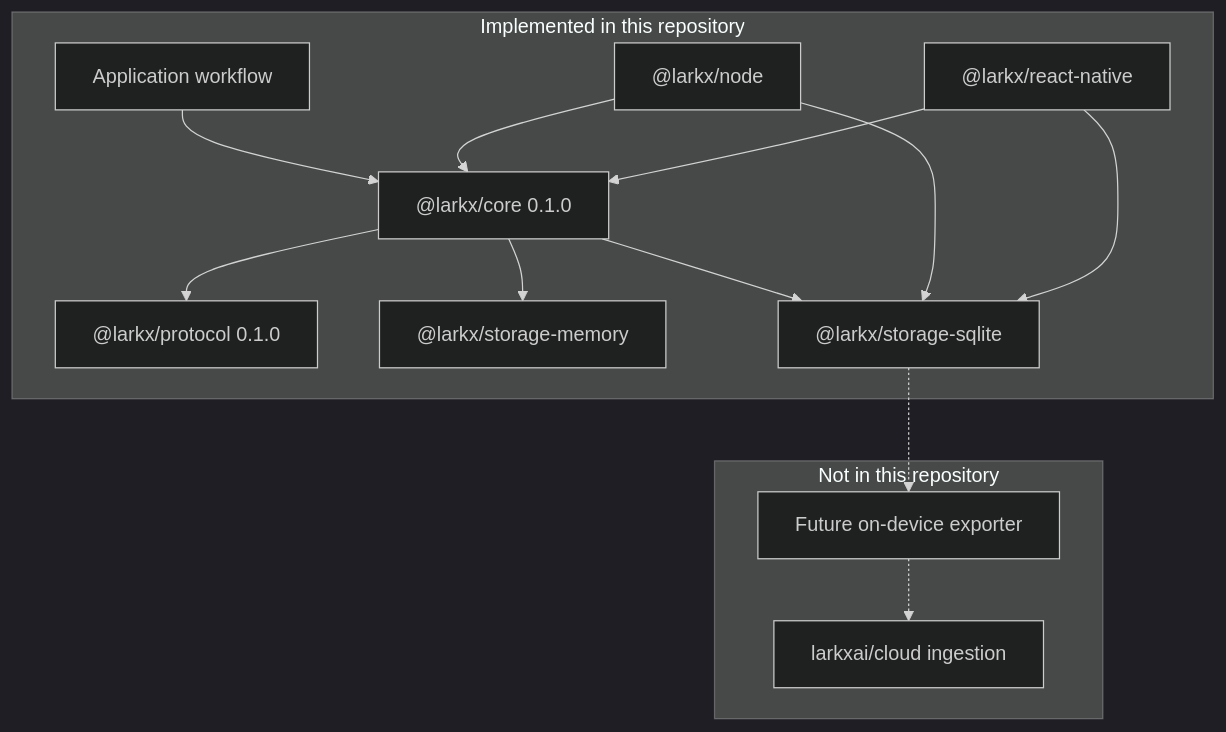
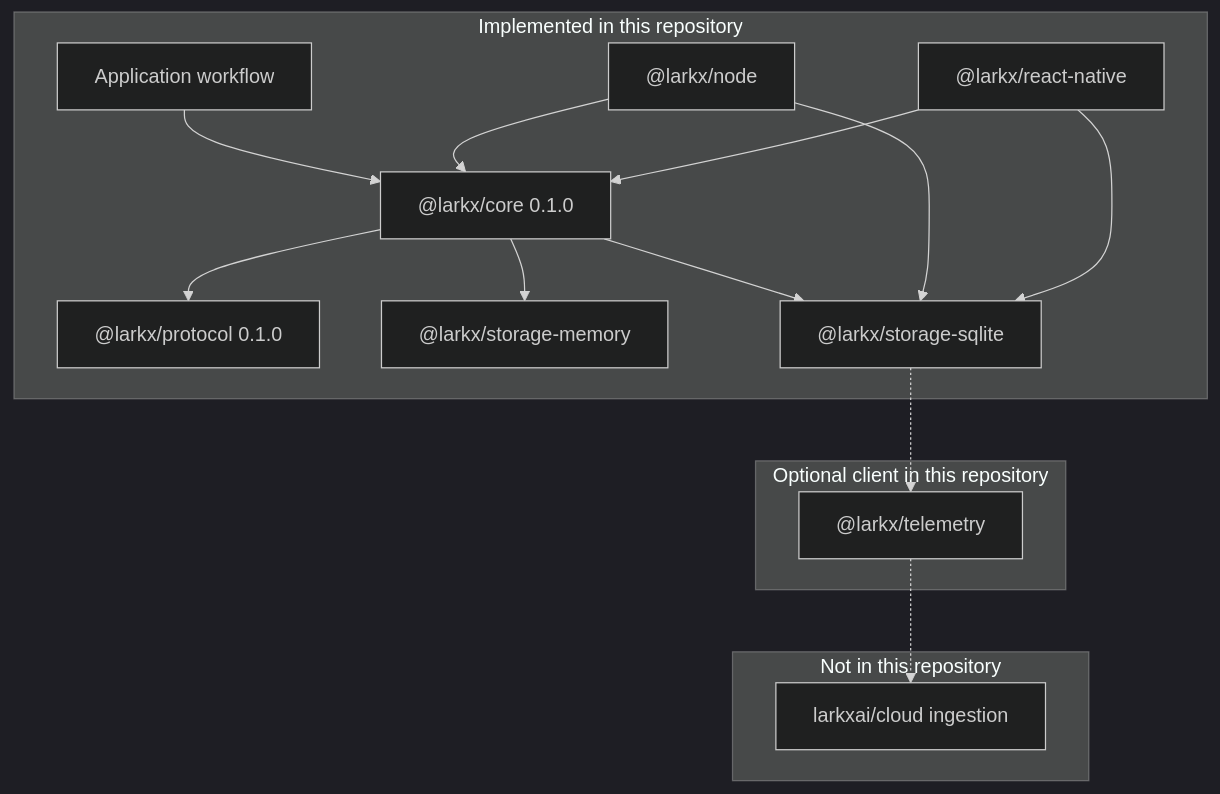
Before and after one commit to larkxai/larkx: the diagram in docs/cloud-observability-spec.md, drawn with Mermaid (dark theme). The commit also changed other lines of this file and 44 other files, not shown here.

First line of the commit message:
Add an optional metadata-only exporter for LarkX Cloud.

````diff
--- a/docs/cloud-observability-spec.md
+++ b/docs/cloud-observability-spec.md
@@ -19,28 +19,31 @@
 ```mermaid
 flowchart TB
   subgraph implemented [Implemented in this repository]
     app[Application workflow]
     protocol["@larkx/protocol 0.1.0"]
     core["@larkx/core 0.1.0"]
     memory["@larkx/storage-memory"]
     sqlite["@larkx/storage-sqlite"]
     node["@larkx/node"]
     rn["@larkx/react-native"]
     app --> core
     core --> protocol
     core --> memory
     core --> sqlite
     node --> core
     node --> sqlite
     rn --> core
     rn --> sqlite
   end
 
-  subgraph proposed [Not in this repository]
-    exporter[Future on-device exporter]
-    cloud[larkxai/cloud ingestion]
-    exporter -.-> cloud
+  subgraph client [Optional client in this repository]
+    exporter["@larkx/telemetry"]
   end
 
+  subgraph service [Not in this repository]
+    cloud[larkxai/cloud ingestion]
+  end
+
+  exporter -.-> cloud
   sqlite -.-> exporter
 ```
````
